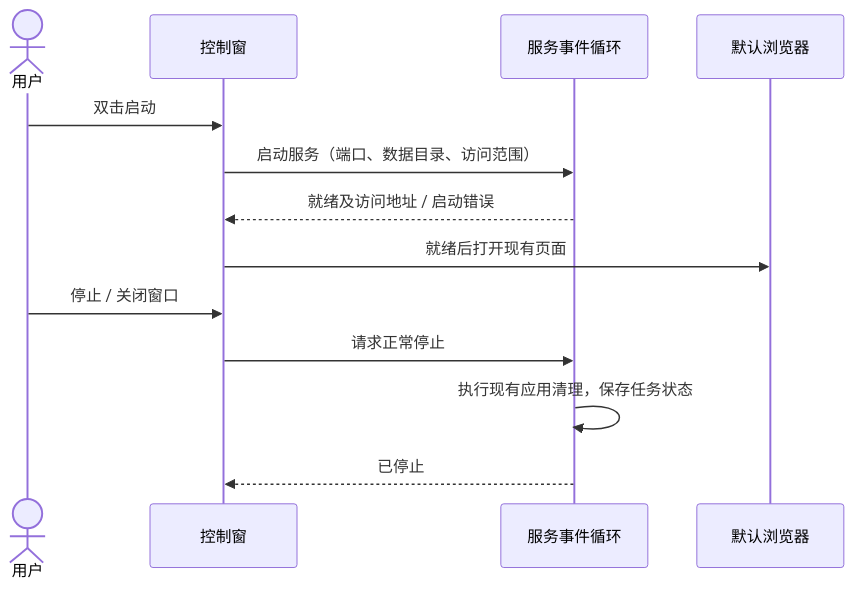
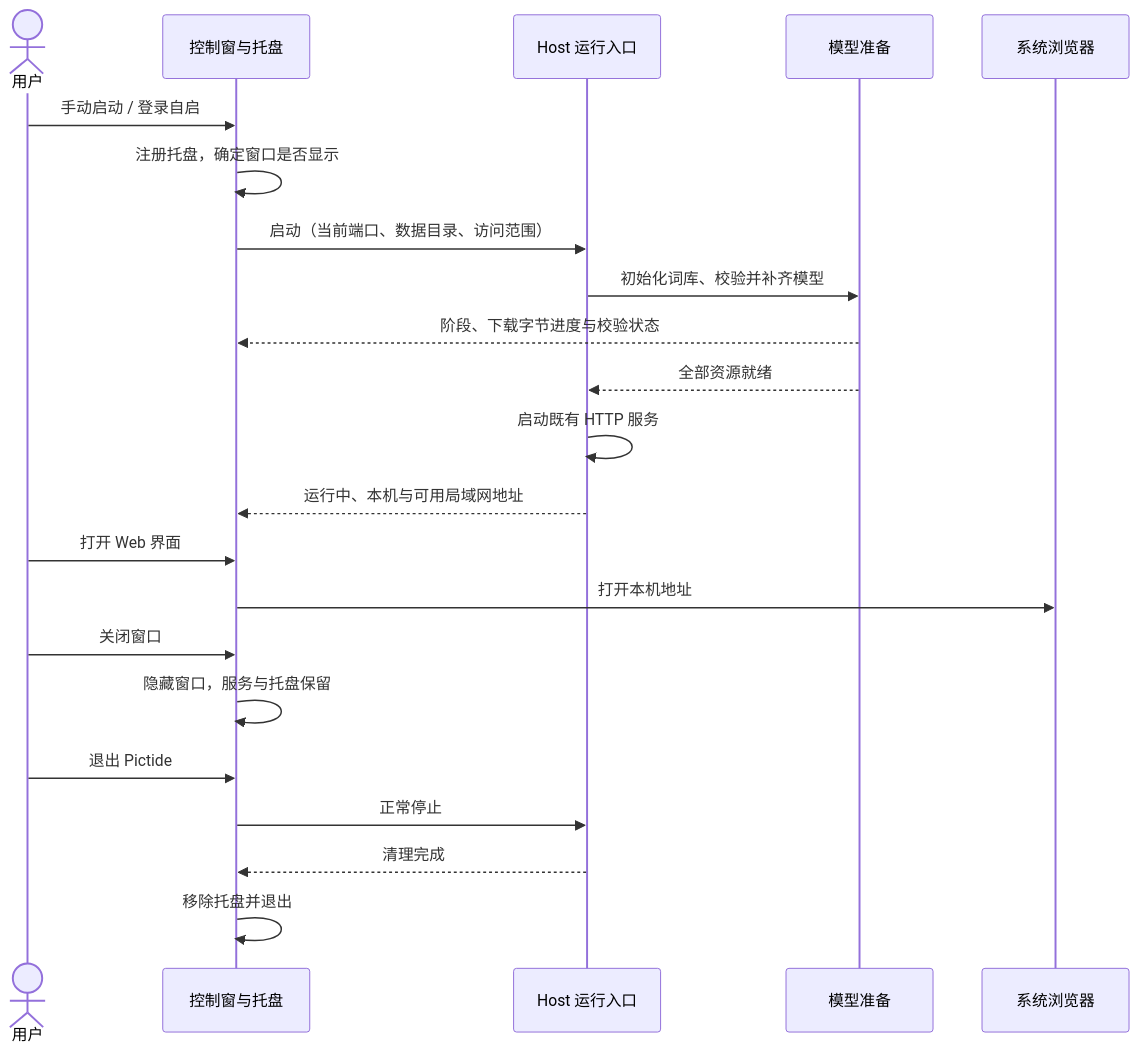
One commit to Lykr/pictide changed the second of 2 diagrams in docs/dev/issues/desktop-launcher.md. Above: the diagram before and after it, drawn with Mermaid. The commit also changed other lines of this file and 1 other file, not shown here.

Commit message:
docs(launcher): plan lightweight tray and startup controls

````diff
--- a/docs/dev/issues/desktop-launcher.md
+++ b/docs/dev/issues/desktop-launcher.md
@@ -51,15 +41,24 @@
 ```mermaid
 sequenceDiagram
     actor User as 用户
-    participant Launcher as 控制窗
-    participant Host as 服务事件循环
-    participant Browser as 默认浏览器
-    User->>Launcher: 双击启动
-    Launcher->>Host: 启动服务（端口、数据目录、访问范围）
-    Host-->>Launcher: 就绪及访问地址 / 启动错误
-    Launcher->>Browser: 就绪后打开现有页面
-    User->>Launcher: 停止 / 关闭窗口
-    Launcher->>Host: 请求正常停止
-    Host->>Host: 执行现有应用清理，保存任务状态
-    Host-->>Launcher: 已停止
+    participant GUI as 控制窗与托盘
+    participant Host as Host 运行入口
+    participant Model as 模型准备
+    participant Browser as 系统浏览器
+    User->>GUI: 手动启动 / 登录自启
+    GUI->>GUI: 注册托盘，确定窗口是否显示
+    GUI->>Host: 启动（当前端口、数据目录、访问范围）
+    Host->>Model: 初始化词库、校验并补齐模型
+    Model-->>GUI: 阶段、下载字节进度与校验状态
+    Model-->>Host: 全部资源就绪
+    Host->>Host: 启动既有 HTTP 服务
+    Host-->>GUI: 运行中、本机与可用局域网地址
+    User->>GUI: 打开 Web 界面
+    GUI->>Browser: 打开本机地址
+    User->>GUI: 关闭窗口
+    GUI->>GUI: 隐藏窗口，服务与托盘保留
+    User->>GUI: 退出 Pictide
+    GUI->>Host: 正常停止
+    Host-->>GUI: 清理完成
+    GUI->>GUI: 移除托盘并退出
 ```
````
